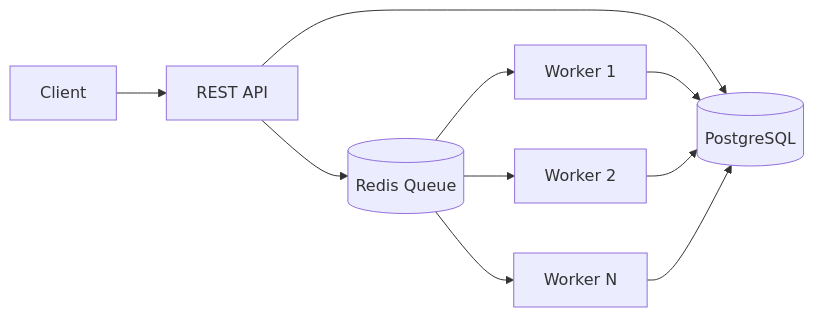
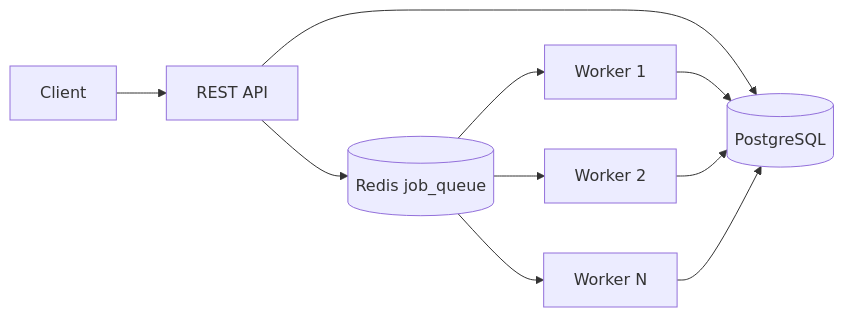
Before and after one commit to RBaibhav/distributed-queue: the first of 2 diagrams in README.md, drawn with Mermaid. The commit also changed other lines of this file and 3 other files, not shown here.

````diff
--- a/README.md
+++ b/README.md
@@ -17,12 +17,12 @@
 ```mermaid
 flowchart LR
   Client[Client] --> API[REST API]
   API --> PG[(PostgreSQL)]
-  API --> R[(Redis Queue)]
+  API --> R[(Redis job_queue)]
   R --> W1[Worker 1]
   R --> W2[Worker 2]
   R --> WN[Worker N]
   W1 --> PG
   W2 --> PG
   WN --> PG
 ```
````
